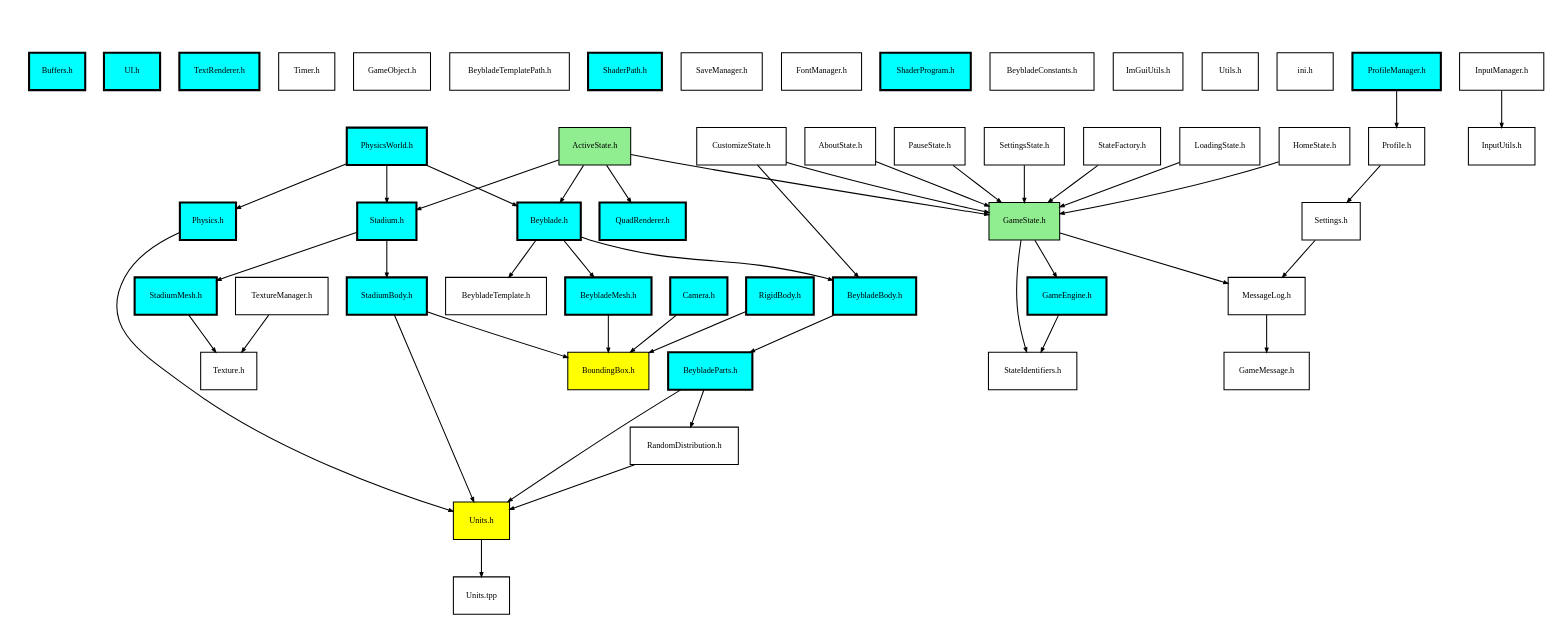
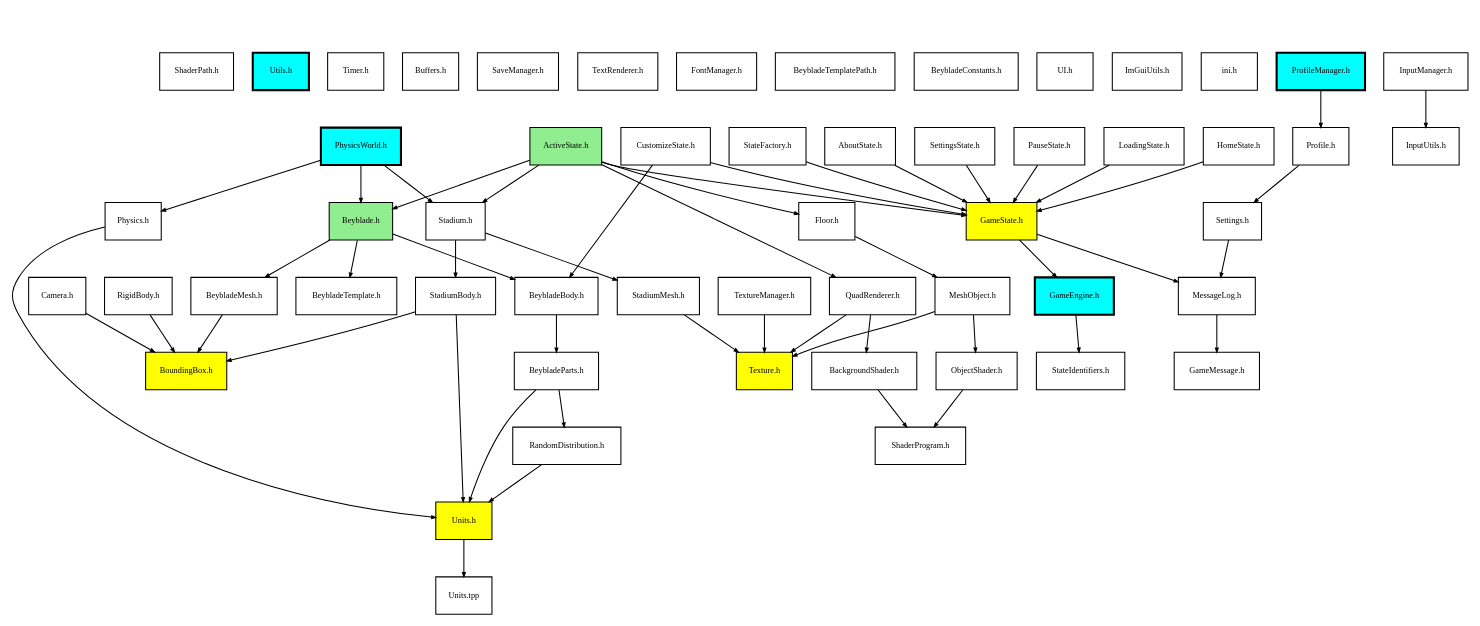
One commit to TheRickyZhang/BattleBeyz changed the diagram in meta/dependencies.dot. Above: the diagram before and after it, drawn with Graphviz. The commit also changed 39 other files, not shown here.

Commit message:
update beybladeBody parts

```diff
--- a/meta/dependencies.dot
+++ b/meta/dependencies.dot
@@ -13,143 +13,127 @@
 			style=invis
 		];
 		"C:\Users\ricky\BattleBeyz\src\mini\ini.h"	[label="ini.h"];
-		"C:\Users\ricky\BattleBeyz\src\Utils.h"	[label="Utils.h"];
 		"C:\Users\ricky\BattleBeyz\src\UI\ImGuiUtils.h"	[label="ImGuiUtils.h"];
+		"C:\Users\ricky\BattleBeyz\src\UI\UI.h"	[label="UI.h"];
 		"C:\Users\ricky\BattleBeyz\src\Config\BeybladeConstants.h"	[label="BeybladeConstants.h"];
-		"C:\Users\ricky\BattleBeyz\src\Rendering\ShaderProgram.h"	[fillcolor=cyan,
-			label="ShaderProgram.h",
+		"C:\Users\ricky\BattleBeyz\src\Config\BeybladeTemplatePath.h"	[label="BeybladeTemplatePath.h"];
+		"C:\Users\ricky\BattleBeyz\src\UI\FontManager.h"	[label="FontManager.h"];
+		"C:\Users\ricky\BattleBeyz\src\Rendering\TextRenderer.h"	[label="TextRenderer.h"];
+		"C:\Users\ricky\BattleBeyz\src\SaveManager.h"	[label="SaveManager.h"];
+		"C:\Users\ricky\BattleBeyz\src\Buffers.h"	[label="Buffers.h"];
+		"C:\Users\ricky\BattleBeyz\src\Timer.h"	[label="Timer.h"];
+		"C:\Users\ricky\BattleBeyz\src\Utils.h"	[fillcolor=cyan,
+			label="Utils.h",
 			style="bold, filled"];
-		"C:\Users\ricky\BattleBeyz\src\UI\FontManager.h"	[label="FontManager.h"];
-		"C:\Users\ricky\BattleBeyz\src\SaveManager.h"	[label="SaveManager.h"];
-		"C:\Users\ricky\BattleBeyz\src\Config\ShaderPath.h"	[fillcolor=cyan,
-			label="ShaderPath.h",
-			style="bold, filled"];
-		"C:\Users\ricky\BattleBeyz\src\Config\BeybladeTemplatePath.h"	[label="BeybladeTemplatePath.h"];
-		"C:\Users\ricky\BattleBeyz\src\GameObjects\GameObject.h"	[label="GameObject.h"];
-		"C:\Users\ricky\BattleBeyz\src\Timer.h"	[label="Timer.h"];
-		"C:\Users\ricky\BattleBeyz\src\Rendering\TextRenderer.h"	[fillcolor=cyan,
-			label="TextRenderer.h",
-			style="bold, filled"];
-		"C:\Users\ricky\BattleBeyz\src\UI\UI.h"	[fillcolor=cyan,
-			label="UI.h",
-			style="bold, filled"];
-		"C:\Users\ricky\BattleBeyz\src\Buffers.h"	[fillcolor=cyan,
-			label="Buffers.h",
-			style="bold, filled"];
+		"C:\Users\ricky\BattleBeyz\src\Config\ShaderPath.h"	[label="ShaderPath.h"];
 	}
-	"C:\Users\ricky\BattleBeyz\src\Physics\Units\Units.h"	[fillcolor=yellow,
-		label="Units.h",
-		style=filled];
-	"C:\Users\ricky\BattleBeyz\src\Physics\Units\Units.tpp"	[label="Units.tpp"];
-	"C:\Users\ricky\BattleBeyz\src\Physics\Units\Units.h" -> "C:\Users\ricky\BattleBeyz\src\Physics\Units\Units.tpp";
-	"C:\Users\ricky\BattleBeyz\src\MeshObjects\StadiumMesh.h"	[fillcolor=cyan,
-		label="StadiumMesh.h",
-		style="bold, filled"];
-	"C:\Users\ricky\BattleBeyz\src\Rendering\Texture.h"	[label="Texture.h"];
-	"C:\Users\ricky\BattleBeyz\src\MeshObjects\StadiumMesh.h" -> "C:\Users\ricky\BattleBeyz\src\Rendering\Texture.h";
-	"C:\Users\ricky\BattleBeyz\src\Physics\PhysicsWorld.h"	[fillcolor=cyan,
-		label="PhysicsWorld.h",
-		style="bold, filled"];
-	"C:\Users\ricky\BattleBeyz\src\GameObjects\Stadium.h"	[fillcolor=cyan,
-		label="Stadium.h",
-		style="bold, filled"];
-	"C:\Users\ricky\BattleBeyz\src\Physics\PhysicsWorld.h" -> "C:\Users\ricky\BattleBeyz\src\GameObjects\Stadium.h";
-	"C:\Users\ricky\BattleBeyz\src\Physics\Physics.h"	[fillcolor=cyan,
-		label="Physics.h",
-		style="bold, filled"];
-	"C:\Users\ricky\BattleBeyz\src\Physics\PhysicsWorld.h" -> "C:\Users\ricky\BattleBeyz\src\Physics\Physics.h";
-	"C:\Users\ricky\BattleBeyz\src\GameObjects\Beyblade.h"	[fillcolor=cyan,
-		label="Beyblade.h",
-		style="bold, filled"];
-	"C:\Users\ricky\BattleBeyz\src\Physics\PhysicsWorld.h" -> "C:\Users\ricky\BattleBeyz\src\GameObjects\Beyblade.h";
-	"C:\Users\ricky\BattleBeyz\src\Profile.h"	[label="Profile.h"];
-	"C:\Users\ricky\BattleBeyz\src\Settings.h"	[label="Settings.h"];
-	"C:\Users\ricky\BattleBeyz\src\Profile.h" -> "C:\Users\ricky\BattleBeyz\src\Settings.h";
-	"C:\Users\ricky\BattleBeyz\src\GameObjects\Stadium.h" -> "C:\Users\ricky\BattleBeyz\src\MeshObjects\StadiumMesh.h";
-	"C:\Users\ricky\BattleBeyz\src\RigidBodies\StadiumBody.h"	[fillcolor=cyan,
-		label="StadiumBody.h",
-		style="bold, filled"];
-	"C:\Users\ricky\BattleBeyz\src\GameObjects\Stadium.h" -> "C:\Users\ricky\BattleBeyz\src\RigidBodies\StadiumBody.h";
-	"C:\Users\ricky\BattleBeyz\src\States\CustomizeState.h"	[label="CustomizeState.h"];
-	"C:\Users\ricky\BattleBeyz\src\States\GameState.h"	[fillcolor=lightgreen,
-		label="GameState.h",
-		style=filled];
-	"C:\Users\ricky\BattleBeyz\src\States\CustomizeState.h" -> "C:\Users\ricky\BattleBeyz\src\States\GameState.h";
-	"C:\Users\ricky\BattleBeyz\src\RigidBodies\BeybladeBody.h"	[fillcolor=cyan,
-		label="BeybladeBody.h",
-		style="bold, filled"];
-	"C:\Users\ricky\BattleBeyz\src\States\CustomizeState.h" -> "C:\Users\ricky\BattleBeyz\src\RigidBodies\BeybladeBody.h";
-	"C:\Users\ricky\BattleBeyz\src\States\SettingsState.h"	[label="SettingsState.h"];
-	"C:\Users\ricky\BattleBeyz\src\States\SettingsState.h" -> "C:\Users\ricky\BattleBeyz\src\States\GameState.h";
-	"C:\Users\ricky\BattleBeyz\src\Camera\Camera.h"	[fillcolor=cyan,
-		label="Camera.h",
-		style="bold, filled"];
+	"C:\Users\ricky\BattleBeyz\src\Camera\Camera.h"	[label="Camera.h"];
 	"C:\Users\ricky\BattleBeyz\src\Physics\BoundingBox.h"	[fillcolor=yellow,
 		label="BoundingBox.h",
 		style=filled];
 	"C:\Users\ricky\BattleBeyz\src\Camera\Camera.h" -> "C:\Users\ricky\BattleBeyz\src\Physics\BoundingBox.h";
+	"C:\Users\ricky\BattleBeyz\src\GameEngine.h"	[fillcolor=cyan,
+		label="GameEngine.h",
+		style="bold, filled"];
+	"C:\Users\ricky\BattleBeyz\src\States\StateIdentifiers.h"	[label="StateIdentifiers.h"];
+	"C:\Users\ricky\BattleBeyz\src\GameEngine.h" -> "C:\Users\ricky\BattleBeyz\src\States\StateIdentifiers.h";
+	"C:\Users\ricky\BattleBeyz\src\MeshObjects\BeybladeMesh.h"	[label="BeybladeMesh.h"];
+	"C:\Users\ricky\BattleBeyz\src\MeshObjects\BeybladeMesh.h" -> "C:\Users\ricky\BattleBeyz\src\Physics\BoundingBox.h";
+	"C:\Users\ricky\BattleBeyz\src\States\StateFactory.h"	[label="StateFactory.h"];
+	"C:\Users\ricky\BattleBeyz\src\States\GameState.h"	[fillcolor=yellow,
+		label="GameState.h",
+		style=filled];
+	"C:\Users\ricky\BattleBeyz\src\States\StateFactory.h" -> "C:\Users\ricky\BattleBeyz\src\States\GameState.h";
+	"C:\Users\ricky\BattleBeyz\src\Settings.h"	[label="Settings.h"];
+	"C:\Users\ricky\BattleBeyz\src\MessageLog.h"	[label="MessageLog.h"];
+	"C:\Users\ricky\BattleBeyz\src\Settings.h" -> "C:\Users\ricky\BattleBeyz\src\MessageLog.h";
+	"C:\Users\ricky\BattleBeyz\src\MeshObjects\StadiumMesh.h"	[label="StadiumMesh.h"];
+	"C:\Users\ricky\BattleBeyz\src\Rendering\Texture.h"	[fillcolor=yellow,
+		label="Texture.h",
+		style=filled];
+	"C:\Users\ricky\BattleBeyz\src\MeshObjects\StadiumMesh.h" -> "C:\Users\ricky\BattleBeyz\src\Rendering\Texture.h";
+	"C:\Users\ricky\BattleBeyz\src\Rendering\BackgroundShader.h"	[label="BackgroundShader.h"];
+	"C:\Users\ricky\BattleBeyz\src\Rendering\ShaderProgram.h"	[label="ShaderProgram.h"];
+	"C:\Users\ricky\BattleBeyz\src\Rendering\BackgroundShader.h" -> "C:\Users\ricky\BattleBeyz\src\Rendering\ShaderProgram.h";
 	"C:\Users\ricky\BattleBeyz\src\InputManager.h"	[label="InputManager.h"];
 	"C:\Users\ricky\BattleBeyz\src\InputUtils.h"	[label="InputUtils.h"];
 	"C:\Users\ricky\BattleBeyz\src\InputManager.h" -> "C:\Users\ricky\BattleBeyz\src\InputUtils.h";
-	"C:\Users\ricky\BattleBeyz\src\States\StateFactory.h"	[label="StateFactory.h"];
-	"C:\Users\ricky\BattleBeyz\src\States\StateFactory.h" -> "C:\Users\ricky\BattleBeyz\src\States\GameState.h";
+	"C:\Users\ricky\BattleBeyz\src\Physics\Units\Units.tpp"	[label="Units.tpp"];
+	"C:\Users\ricky\BattleBeyz\src\GameMessage.h"	[label="GameMessage.h"];
+	"C:\Users\ricky\BattleBeyz\src\Physics\Physics.h"	[label="Physics.h"];
+	"C:\Users\ricky\BattleBeyz\src\Physics\Units\Units.h"	[fillcolor=yellow,
+		label="Units.h",
+		style=filled];
+	"C:\Users\ricky\BattleBeyz\src\Physics\Physics.h" -> "C:\Users\ricky\BattleBeyz\src\Physics\Units\Units.h";
+	"C:\Users\ricky\BattleBeyz\src\Rendering\TextureManager.h"	[label="TextureManager.h"];
+	"C:\Users\ricky\BattleBeyz\src\Rendering\TextureManager.h" -> "C:\Users\ricky\BattleBeyz\src\Rendering\Texture.h";
 	"C:\Users\ricky\BattleBeyz\src\RigidBodies\RandomDistribution.h"	[label="RandomDistribution.h"];
 	"C:\Users\ricky\BattleBeyz\src\RigidBodies\RandomDistribution.h" -> "C:\Users\ricky\BattleBeyz\src\Physics\Units\Units.h";
+	"C:\Users\ricky\BattleBeyz\src\RigidBodies\BeybladeParts.h"	[label="BeybladeParts.h"];
+	"C:\Users\ricky\BattleBeyz\src\RigidBodies\BeybladeParts.h" -> "C:\Users\ricky\BattleBeyz\src\RigidBodies\RandomDistribution.h";
+	"C:\Users\ricky\BattleBeyz\src\RigidBodies\BeybladeParts.h" -> "C:\Users\ricky\BattleBeyz\src\Physics\Units\Units.h";
+	"C:\Users\ricky\BattleBeyz\src\Physics\RigidBody.h"	[label="RigidBody.h"];
+	"C:\Users\ricky\BattleBeyz\src\Physics\RigidBody.h" -> "C:\Users\ricky\BattleBeyz\src\Physics\BoundingBox.h";
+	"C:\Users\ricky\BattleBeyz\src\RigidBodies\StadiumBody.h"	[label="StadiumBody.h"];
+	"C:\Users\ricky\BattleBeyz\src\RigidBodies\StadiumBody.h" -> "C:\Users\ricky\BattleBeyz\src\Physics\BoundingBox.h";
+	"C:\Users\ricky\BattleBeyz\src\RigidBodies\StadiumBody.h" -> "C:\Users\ricky\BattleBeyz\src\Physics\Units\Units.h";
+	"C:\Users\ricky\BattleBeyz\src\States\AboutState.h"	[label="AboutState.h"];
+	"C:\Users\ricky\BattleBeyz\src\States\AboutState.h" -> "C:\Users\ricky\BattleBeyz\src\States\GameState.h";
+	"C:\Users\ricky\BattleBeyz\src\RigidBodies\BeybladeBody.h"	[label="BeybladeBody.h"];
+	"C:\Users\ricky\BattleBeyz\src\RigidBodies\BeybladeBody.h" -> "C:\Users\ricky\BattleBeyz\src\RigidBodies\BeybladeParts.h";
+	"C:\Users\ricky\BattleBeyz\src\States\GameState.h" -> "C:\Users\ricky\BattleBeyz\src\GameEngine.h";
+	"C:\Users\ricky\BattleBeyz\src\States\GameState.h" -> "C:\Users\ricky\BattleBeyz\src\MessageLog.h";
+	"C:\Users\ricky\BattleBeyz\src\States\SettingsState.h"	[label="SettingsState.h"];
+	"C:\Users\ricky\BattleBeyz\src\States\SettingsState.h" -> "C:\Users\ricky\BattleBeyz\src\States\GameState.h";
+	"C:\Users\ricky\BattleBeyz\src\GameObjects\Stadium.h"	[label="Stadium.h"];
+	"C:\Users\ricky\BattleBeyz\src\GameObjects\Stadium.h" -> "C:\Users\ricky\BattleBeyz\src\MeshObjects\StadiumMesh.h";
+	"C:\Users\ricky\BattleBeyz\src\GameObjects\Stadium.h" -> "C:\Users\ricky\BattleBeyz\src\RigidBodies\StadiumBody.h";
 	"C:\Users\ricky\BattleBeyz\src\ProfileManager.h"	[fillcolor=cyan,
 		label="ProfileManager.h",
 		style="bold, filled"];
+	"C:\Users\ricky\BattleBeyz\src\Profile.h"	[label="Profile.h"];
 	"C:\Users\ricky\BattleBeyz\src\ProfileManager.h" -> "C:\Users\ricky\BattleBeyz\src\Profile.h";
-	"C:\Users\ricky\BattleBeyz\src\MeshObjects\BeybladeMesh.h"	[fillcolor=cyan,
-		label="BeybladeMesh.h",
-		style="bold, filled"];
-	"C:\Users\ricky\BattleBeyz\src\MeshObjects\BeybladeMesh.h" -> "C:\Users\ricky\BattleBeyz\src\Physics\BoundingBox.h";
-	"C:\Users\ricky\BattleBeyz\src\Rendering\QuadRenderer.h"	[fillcolor=cyan,
-		label="QuadRenderer.h",
-		style="bold, filled"];
-	"C:\Users\ricky\BattleBeyz\src\MessageLog.h"	[label="MessageLog.h"];
-	"C:\Users\ricky\BattleBeyz\src\States\GameState.h" -> "C:\Users\ricky\BattleBeyz\src\MessageLog.h";
-	"C:\Users\ricky\BattleBeyz\src\GameEngine.h"	[fillcolor=cyan,
-		label="GameEngine.h",
-		style="bold, filled"];
-	"C:\Users\ricky\BattleBeyz\src\States\GameState.h" -> "C:\Users\ricky\BattleBeyz\src\GameEngine.h";
-	"C:\Users\ricky\BattleBeyz\src\States\StateIdentifiers.h"	[label="StateIdentifiers.h"];
-	"C:\Users\ricky\BattleBeyz\src\States\GameState.h" -> "C:\Users\ricky\BattleBeyz\src\States\StateIdentifiers.h";
-	"C:\Users\ricky\BattleBeyz\src\Physics\RigidBody.h"	[fillcolor=cyan,
-		label="RigidBody.h",
-		style="bold, filled"];
-	"C:\Users\ricky\BattleBeyz\src\Physics\RigidBody.h" -> "C:\Users\ricky\BattleBeyz\src\Physics\BoundingBox.h";
-	"C:\Users\ricky\BattleBeyz\src\Settings.h" -> "C:\Users\ricky\BattleBeyz\src\MessageLog.h";
-	"C:\Users\ricky\BattleBeyz\src\Rendering\TextureManager.h"	[label="TextureManager.h"];
-	"C:\Users\ricky\BattleBeyz\src\Rendering\TextureManager.h" -> "C:\Users\ricky\BattleBeyz\src\Rendering\Texture.h";
-	"C:\Users\ricky\BattleBeyz\src\RigidBodies\BeybladeParts.h"	[fillcolor=cyan,
-		label="BeybladeParts.h",
-		style="bold, filled"];
-	"C:\Users\ricky\BattleBeyz\src\RigidBodies\BeybladeParts.h" -> "C:\Users\ricky\BattleBeyz\src\Physics\Units\Units.h";
-	"C:\Users\ricky\BattleBeyz\src\RigidBodies\BeybladeParts.h" -> "C:\Users\ricky\BattleBeyz\src\RigidBodies\RandomDistribution.h";
-	"C:\Users\ricky\BattleBeyz\src\GameMessage.h"	[label="GameMessage.h"];
-	"C:\Users\ricky\BattleBeyz\src\MessageLog.h" -> "C:\Users\ricky\BattleBeyz\src\GameMessage.h";
-	"C:\Users\ricky\BattleBeyz\src\RigidBodies\BeybladeBody.h" -> "C:\Users\ricky\BattleBeyz\src\RigidBodies\BeybladeParts.h";
-	"C:\Users\ricky\BattleBeyz\src\GameEngine.h" -> "C:\Users\ricky\BattleBeyz\src\States\StateIdentifiers.h";
-	"C:\Users\ricky\BattleBeyz\src\RigidBodies\StadiumBody.h" -> "C:\Users\ricky\BattleBeyz\src\Physics\Units\Units.h";
-	"C:\Users\ricky\BattleBeyz\src\RigidBodies\StadiumBody.h" -> "C:\Users\ricky\BattleBeyz\src\Physics\BoundingBox.h";
-	"C:\Users\ricky\BattleBeyz\src\States\LoadingState.h"	[label="LoadingState.h"];
-	"C:\Users\ricky\BattleBeyz\src\States\LoadingState.h" -> "C:\Users\ricky\BattleBeyz\src\States\GameState.h";
-	"C:\Users\ricky\BattleBeyz\src\Config\BeybladeTemplate.h"	[label="BeybladeTemplate.h"];
-	"C:\Users\ricky\BattleBeyz\src\States\HomeState.h"	[label="HomeState.h"];
-	"C:\Users\ricky\BattleBeyz\src\States\HomeState.h" -> "C:\Users\ricky\BattleBeyz\src\States\GameState.h";
 	"C:\Users\ricky\BattleBeyz\src\States\ActiveState.h"	[fillcolor=lightgreen,
 		label="ActiveState.h",
 		style=filled];
+	"C:\Users\ricky\BattleBeyz\src\States\ActiveState.h" -> "C:\Users\ricky\BattleBeyz\src\States\GameState.h";
 	"C:\Users\ricky\BattleBeyz\src\States\ActiveState.h" -> "C:\Users\ricky\BattleBeyz\src\GameObjects\Stadium.h";
+	"C:\Users\ricky\BattleBeyz\src\GameObjects\Beyblade.h"	[fillcolor=lightgreen,
+		label="Beyblade.h",
+		style=filled];
+	"C:\Users\ricky\BattleBeyz\src\States\ActiveState.h" -> "C:\Users\ricky\BattleBeyz\src\GameObjects\Beyblade.h";
+	"C:\Users\ricky\BattleBeyz\src\GameObjects\Floor.h"	[label="Floor.h"];
+	"C:\Users\ricky\BattleBeyz\src\States\ActiveState.h" -> "C:\Users\ricky\BattleBeyz\src\GameObjects\Floor.h";
+	"C:\Users\ricky\BattleBeyz\src\Rendering\QuadRenderer.h"	[label="QuadRenderer.h"];
 	"C:\Users\ricky\BattleBeyz\src\States\ActiveState.h" -> "C:\Users\ricky\BattleBeyz\src\Rendering\QuadRenderer.h";
-	"C:\Users\ricky\BattleBeyz\src\States\ActiveState.h" -> "C:\Users\ricky\BattleBeyz\src\States\GameState.h";
-	"C:\Users\ricky\BattleBeyz\src\States\ActiveState.h" -> "C:\Users\ricky\BattleBeyz\src\GameObjects\Beyblade.h";
-	"C:\Users\ricky\BattleBeyz\src\States\AboutState.h"	[label="AboutState.h"];
-	"C:\Users\ricky\BattleBeyz\src\States\AboutState.h" -> "C:\Users\ricky\BattleBeyz\src\States\GameState.h";
-	"C:\Users\ricky\BattleBeyz\src\Physics\Physics.h" -> "C:\Users\ricky\BattleBeyz\src\Physics\Units\Units.h";
-	"C:\Users\ricky\BattleBeyz\src\States\PauseState.h"	[label="PauseState.h"];
-	"C:\Users\ricky\BattleBeyz\src\States\PauseState.h" -> "C:\Users\ricky\BattleBeyz\src\States\GameState.h";
+	"C:\Users\ricky\BattleBeyz\src\Profile.h" -> "C:\Users\ricky\BattleBeyz\src\Settings.h";
+	"C:\Users\ricky\BattleBeyz\src\Rendering\ObjectShader.h"	[label="ObjectShader.h"];
+	"C:\Users\ricky\BattleBeyz\src\Rendering\ObjectShader.h" -> "C:\Users\ricky\BattleBeyz\src\Rendering\ShaderProgram.h";
+	"C:\Users\ricky\BattleBeyz\src\States\CustomizeState.h"	[label="CustomizeState.h"];
+	"C:\Users\ricky\BattleBeyz\src\States\CustomizeState.h" -> "C:\Users\ricky\BattleBeyz\src\RigidBodies\BeybladeBody.h";
+	"C:\Users\ricky\BattleBeyz\src\States\CustomizeState.h" -> "C:\Users\ricky\BattleBeyz\src\States\GameState.h";
+	"C:\Users\ricky\BattleBeyz\src\Config\BeybladeTemplate.h"	[label="BeybladeTemplate.h"];
 	"C:\Users\ricky\BattleBeyz\src\GameObjects\Beyblade.h" -> "C:\Users\ricky\BattleBeyz\src\MeshObjects\BeybladeMesh.h";
 	"C:\Users\ricky\BattleBeyz\src\GameObjects\Beyblade.h" -> "C:\Users\ricky\BattleBeyz\src\RigidBodies\BeybladeBody.h";
 	"C:\Users\ricky\BattleBeyz\src\GameObjects\Beyblade.h" -> "C:\Users\ricky\BattleBeyz\src\Config\BeybladeTemplate.h";
+	"C:\Users\ricky\BattleBeyz\src\MessageLog.h" -> "C:\Users\ricky\BattleBeyz\src\GameMessage.h";
+	"C:\Users\ricky\BattleBeyz\src\States\PauseState.h"	[label="PauseState.h"];
+	"C:\Users\ricky\BattleBeyz\src\States\PauseState.h" -> "C:\Users\ricky\BattleBeyz\src\States\GameState.h";
+	"C:\Users\ricky\BattleBeyz\src\States\LoadingState.h"	[label="LoadingState.h"];
+	"C:\Users\ricky\BattleBeyz\src\States\LoadingState.h" -> "C:\Users\ricky\BattleBeyz\src\States\GameState.h";
+	"C:\Users\ricky\BattleBeyz\src\MeshObjects\MeshObject.h"	[label="MeshObject.h"];
+	"C:\Users\ricky\BattleBeyz\src\MeshObjects\MeshObject.h" -> "C:\Users\ricky\BattleBeyz\src\Rendering\ObjectShader.h";
+	"C:\Users\ricky\BattleBeyz\src\MeshObjects\MeshObject.h" -> "C:\Users\ricky\BattleBeyz\src\Rendering\Texture.h";
+	"C:\Users\ricky\BattleBeyz\src\Physics\Units\Units.h" -> "C:\Users\ricky\BattleBeyz\src\Physics\Units\Units.tpp";
+	"C:\Users\ricky\BattleBeyz\src\GameObjects\Floor.h" -> "C:\Users\ricky\BattleBeyz\src\MeshObjects\MeshObject.h";
+	"C:\Users\ricky\BattleBeyz\src\States\HomeState.h"	[label="HomeState.h"];
+	"C:\Users\ricky\BattleBeyz\src\States\HomeState.h" -> "C:\Users\ricky\BattleBeyz\src\States\GameState.h";
+	"C:\Users\ricky\BattleBeyz\src\Rendering\QuadRenderer.h" -> "C:\Users\ricky\BattleBeyz\src\Rendering\BackgroundShader.h";
+	"C:\Users\ricky\BattleBeyz\src\Rendering\QuadRenderer.h" -> "C:\Users\ricky\BattleBeyz\src\Rendering\Texture.h";
+	"C:\Users\ricky\BattleBeyz\src\Physics\PhysicsWorld.h"	[fillcolor=cyan,
+		label="PhysicsWorld.h",
+		style="bold, filled"];
+	"C:\Users\ricky\BattleBeyz\src\Physics\PhysicsWorld.h" -> "C:\Users\ricky\BattleBeyz\src\Physics\Physics.h";
+	"C:\Users\ricky\BattleBeyz\src\Physics\PhysicsWorld.h" -> "C:\Users\ricky\BattleBeyz\src\GameObjects\Stadium.h";
+	"C:\Users\ricky\BattleBeyz\src\Physics\PhysicsWorld.h" -> "C:\Users\ricky\BattleBeyz\src\GameObjects\Beyblade.h";
 }
```
